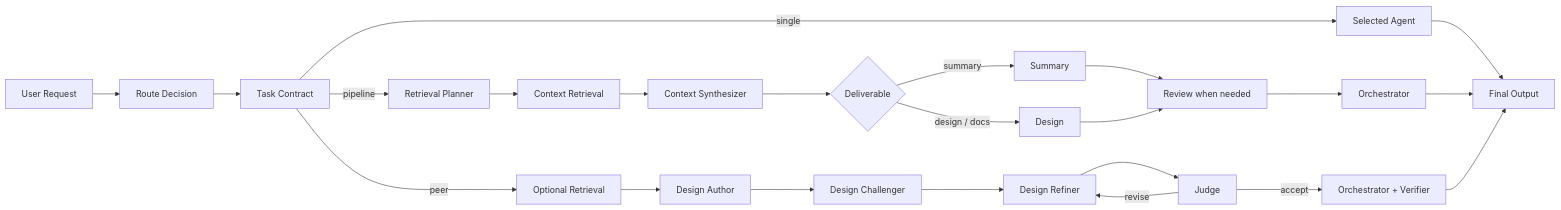
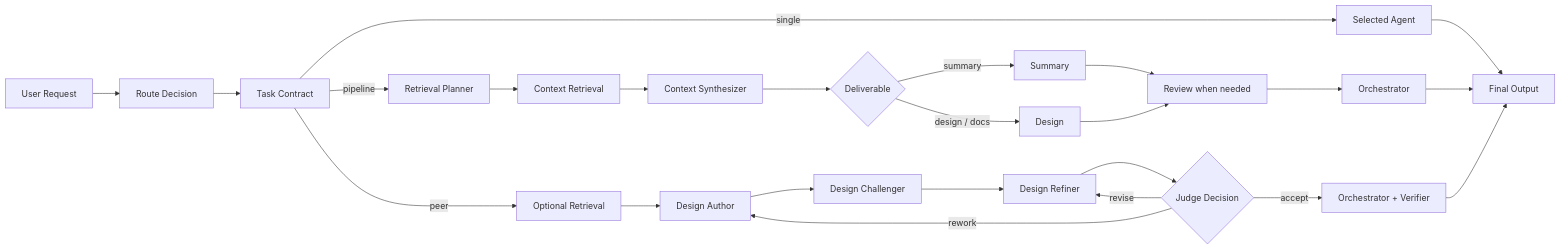
Before and after one commit to crissdiamond/crisAI: the second of 2 diagrams in README.md, drawn with Mermaid. The commit also changed 1 other file, not shown here.

Commit message:
docs(peer): update workflow diagrams

````diff
--- a/README.md
+++ b/README.md
@@ -60,29 +60,30 @@
 ```mermaid
 flowchart LR
     Request[User Request] --> Route[Route Decision]
 
     Route --> Contract[Task Contract]
 
     Contract -->|single| SingleAgent[Selected Agent]
     Contract -->|pipeline| RetrievalPlanner[Retrieval Planner]
     RetrievalPlanner --> ContextRetrieval[Context Retrieval]
     ContextRetrieval --> ContextSynth[Context Synthesizer]
     ContextSynth --> DraftChoice{Deliverable}
     DraftChoice -->|summary| Summary[Summary]
     DraftChoice -->|design / docs| Design[Design]
     Summary --> Review[Review when needed]
     Design --> Review
     Review --> Orchestrator[Orchestrator]
 
     Contract -->|peer| PeerRetrieval[Optional Retrieval]
     PeerRetrieval --> Author[Design Author]
     Author --> Challenger[Design Challenger]
     Challenger --> Refiner[Design Refiner]
-    Refiner --> Judge[Judge]
+    Refiner --> Judge{Judge Decision}
     Judge -->|revise| Refiner
+    Judge -->|rework| Author
     Judge -->|accept| PeerFinal[Orchestrator + Verifier]
 
     SingleAgent --> Final[Final Output]
     Orchestrator --> Final
     PeerFinal --> Final
 ```
````
